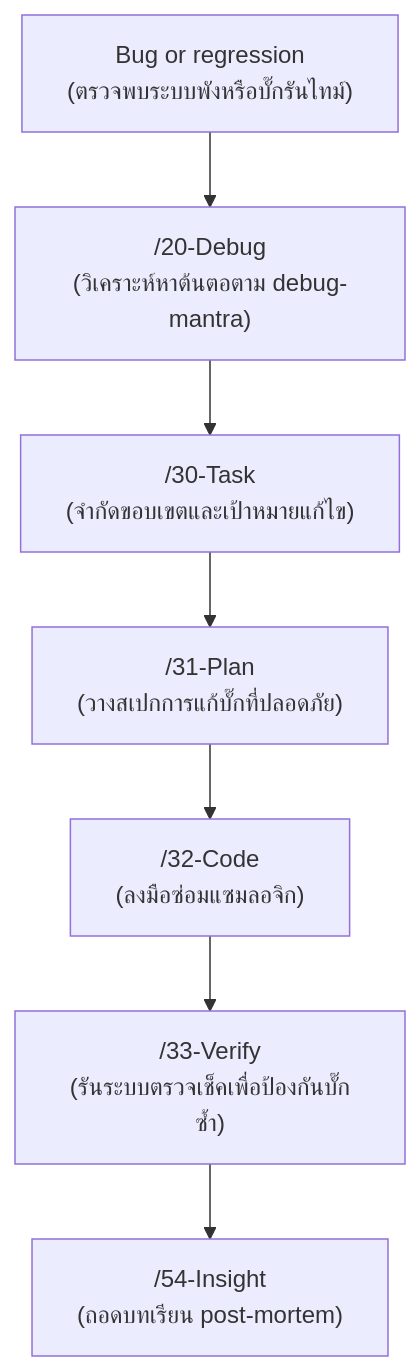
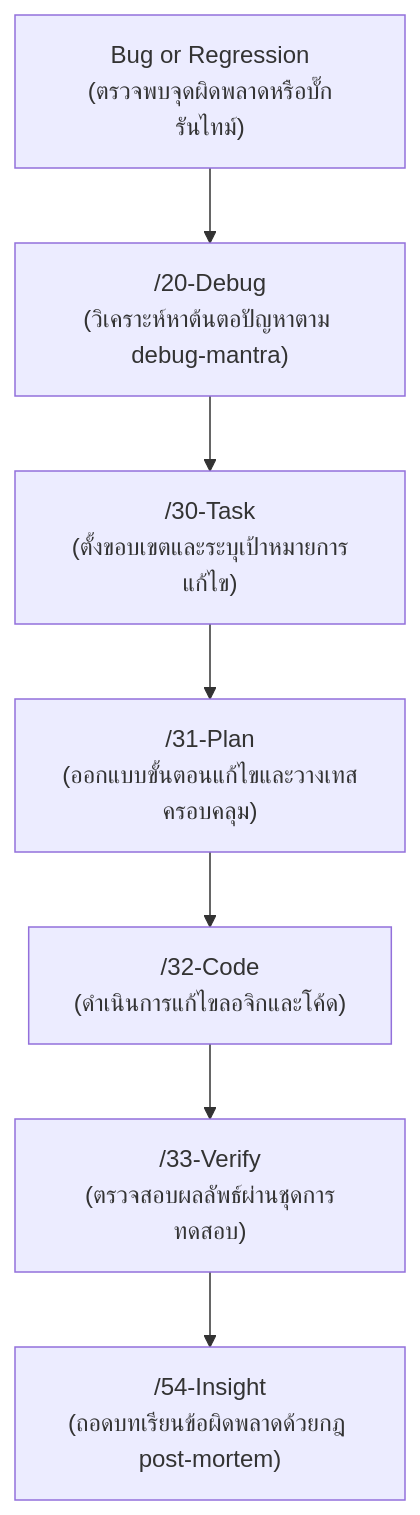
Before and after one commit to Jakkrich/nexus-devflow: the fifth of 6 diagrams in README.md, drawn with Mermaid. The commit also changed other lines of this file, not shown here.

````diff
--- a/README.md
+++ b/README.md
@@ -292,17 +292,17 @@
 ```mermaid
 flowchart TD
-    Symptom["Bug or regression<br/>(ตรวจพบระบบพังหรือบั๊กรันไทม์)"]
-    Debug["/20-Debug<br/>(วิเคราะห์หาต้นตอตาม debug-mantra)"]
-    Task["/30-Task<br/>(จำกัดขอบเขตและเป้าหมายแก้ไข)"]
-    Plan["/31-Plan<br/>(วางสเปกการแก้บั๊กที่ปลอดภัย)"]
-    Code["/32-Code<br/>(ลงมือซ่อมแซมลอจิก)"]
-    Verify["/33-Verify<br/>(รันระบบตรวจเช็คเพื่อป้องกันบั๊กซ้ำ)"]
-    Insight["/54-Insight<br/>(ถอดบทเรียน post-mortem)"]
+    Symptom["Bug or Regression<br/>(ตรวจพบจุดผิดพลาดหรือบั๊กรันไทม์)"]
+    Debug["/20-Debug<br/>(วิเคราะห์หาต้นตอปัญหาตาม debug-mantra)"]
+    Task["/30-Task<br/>(ตั้งขอบเขตและระบุเป้าหมายการแก้ไข)"]
+    Plan["/31-Plan<br/>(ออกแบบขั้นตอนแก้ไขและวางเทสครอบคลุม)"]
+    Code["/32-Code<br/>(ดำเนินการแก้ไขลอจิกและโค้ด)"]
+    Verify["/33-Verify<br/>(ตรวจสอบผลลัพธ์ผ่านชุดการทดสอบ)"]
+    Insight["/54-Insight<br/>(ถอดบทเรียนข้อผิดพลาดด้วยกฎ post-mortem)"]
  
     Symptom --> Debug
     Debug --> Task
     Task --> Plan
     Plan --> Code
     Code --> Verify
     Verify --> Insight
 ```
````
